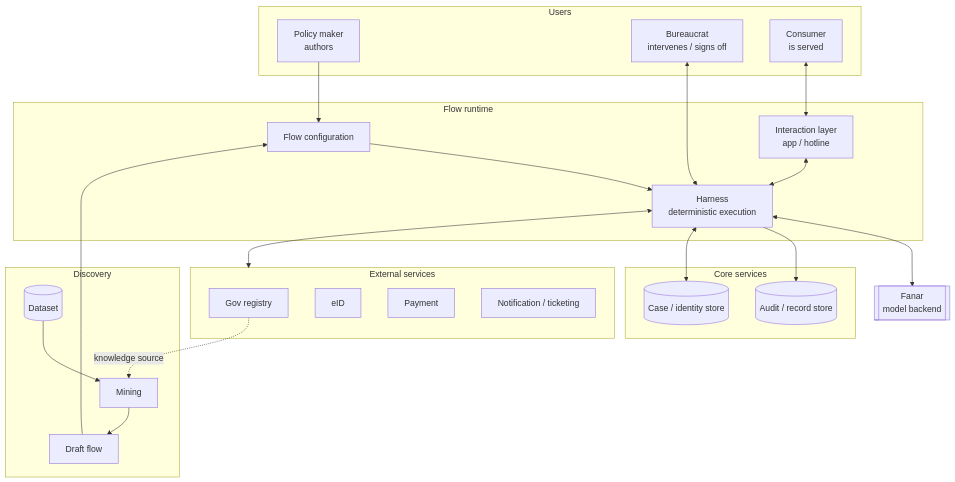
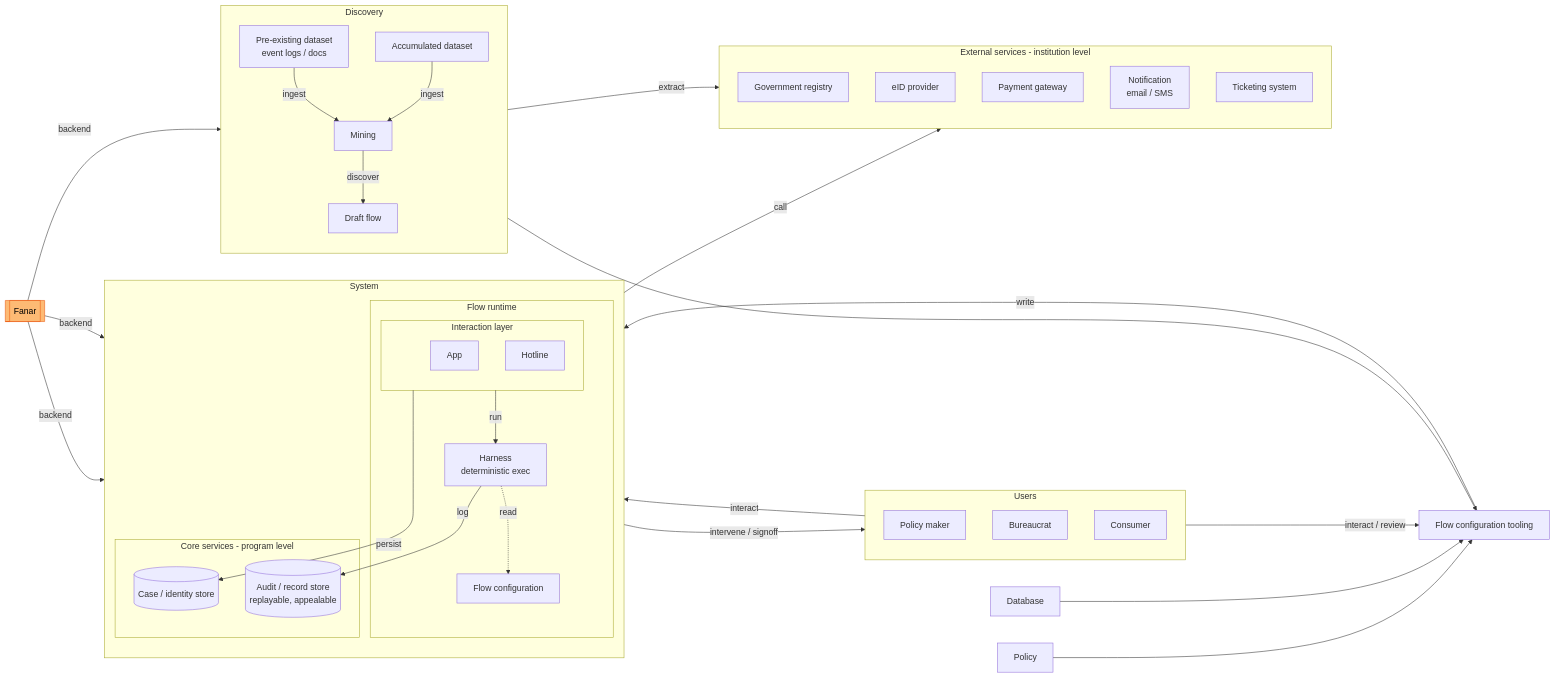
One commit to ElyasAmri/flowstate changed the first of 2 diagrams in README.md. Above: the diagram before and after it, drawn with Mermaid.

Commit message:
docs(readme): rework architecture diagram to mirror docs/Diagram.canvas

````diff
--- a/README.md
+++ b/README.md
@@ -37,43 +37,72 @@
 ```mermaid
-flowchart TB
-    subgraph users[Users]
-        PM[Policy maker<br/>authors]
-        BUR[Bureaucrat<br/>intervenes / signs off]
-        CON[Consumer<br/>is served]
+flowchart LR
+    subgraph discovery[Discovery]
+        direction TB
+        PRE[Pre-existing dataset<br/>event logs / docs]
+        ACC[Accumulated dataset]
+        MIN[Mining]
+        DRAFT[Draft flow]
+        PRE -->|ingest| MIN
+        ACC -->|ingest| MIN
+        MIN -->|discover| DRAFT
     end
 
-    subgraph discovery[Discovery]
-        DS[(Dataset)] --> MIN[Mining] --> DRAFT[Draft flow]
+    subgraph users[Users]
+        direction TB
+        PM[Policy maker]
+        BUR[Bureaucrat]
+        CON[Consumer]
     end
 
-    subgraph runtime[Flow runtime]
-        CFG[Flow configuration]
-        HAR[Harness<br/>deterministic execution]
-        IL[Interaction layer<br/>app / hotline]
+    TOOL[Flow configuration tooling]
+
+    subgraph system[System]
+        direction TB
+        subgraph runtime[Flow runtime]
+            CFG[Flow configuration]
+            HAR[Harness<br/>deterministic exec]
+            subgraph il[Interaction layer]
+                APP[App]
+                HOT[Hotline]
+            end
+        end
+        subgraph core[Core services - program level]
+            AUD[(Audit / record store<br/>replayable, appealable)]
+            IDS[(Case / identity store)]
+        end
     end
 
-    subgraph core[Core services]
-        AUD[(Audit / record store)]
-        IDS[(Case / identity store)]
+    subgraph ext[External services - institution level]
+        direction TB
+        REG[Government registry]
+        EID[eID provider]
+        PAY[Payment gateway]
+        NOT[Notification<br/>email / SMS]
+        TIC[Ticketing system]
     end
 
-    subgraph ext[External services]
-        REG[Gov registry]
-        EID[eID]
-        PAY[Payment]
-        NOT[Notification / ticketing]
-    end
+    POL[Policy]
+    DB[Database]
+    FANAR[[Fanar]]:::fanar
 
-    FANAR[[Fanar<br/>model backend]]
+    DRAFT --> TOOL
+    PM -->|interact / review| TOOL
+    POL --> TOOL
+    DB --> TOOL
+    TOOL -->|write| CFG
 
-    PM --> CFG
-    DRAFT --> CFG
-    CFG --> HAR
-    CON <--> IL <--> HAR
-    BUR <--> HAR
-    HAR <--> FANAR
-    HAR --> AUD
-    HAR <--> IDS
-    HAR <--> ext
-    REG -. knowledge source .-> MIN
+    CON -->|interact| il
+    il -->|intervene / signoff| BUR
+    il -->|run| HAR
+    HAR -.read.-> CFG
+    HAR -->|log| AUD
+    il -->|persist| IDS
+    HAR -->|call| ext
+    MIN -->|extract| ext
+
+    FANAR -->|backend| HAR
+    FANAR -->|backend| HOT
+    FANAR -->|backend| MIN
+
+    classDef fanar fill:#fdba74,stroke:#ea580c,color:#000;
 ```
````
